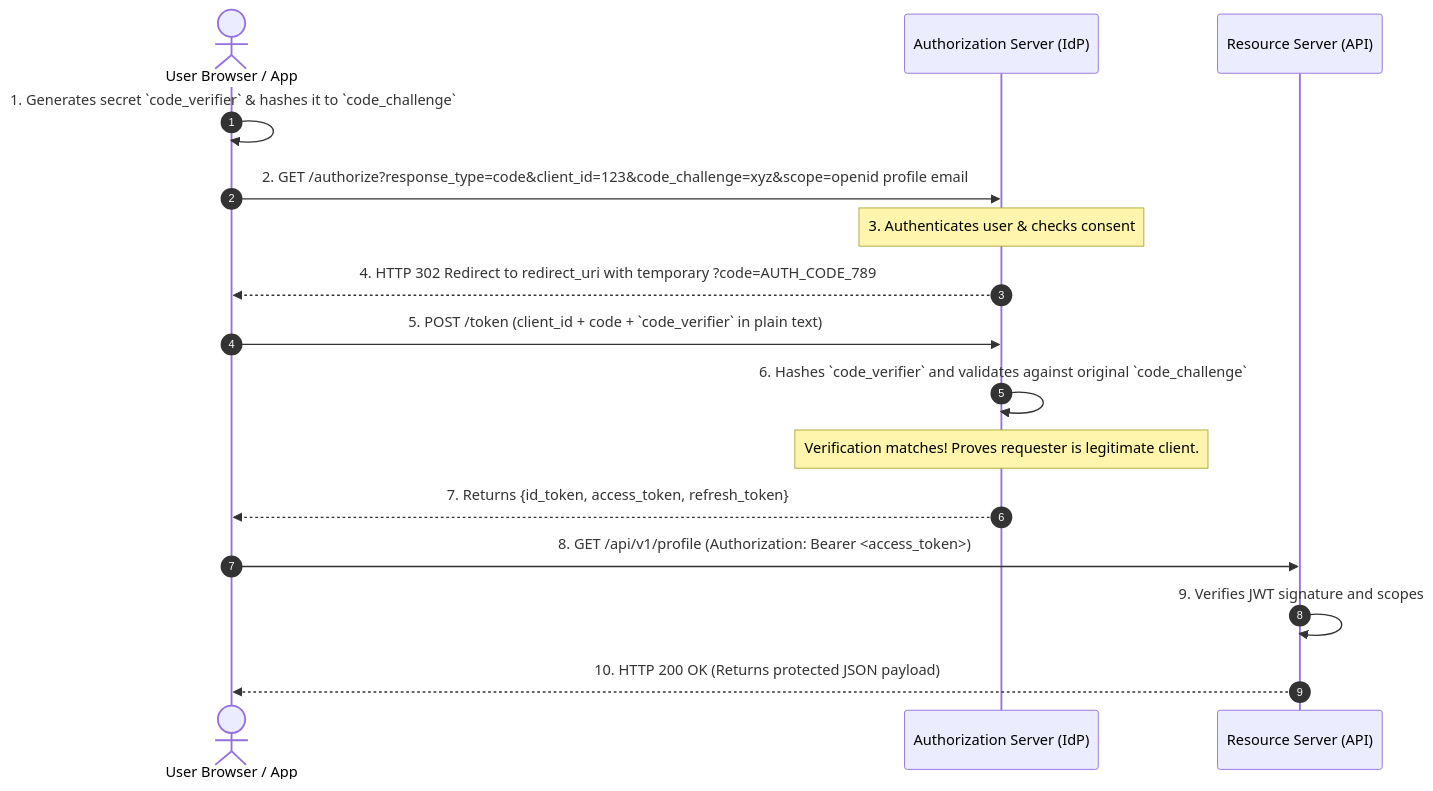
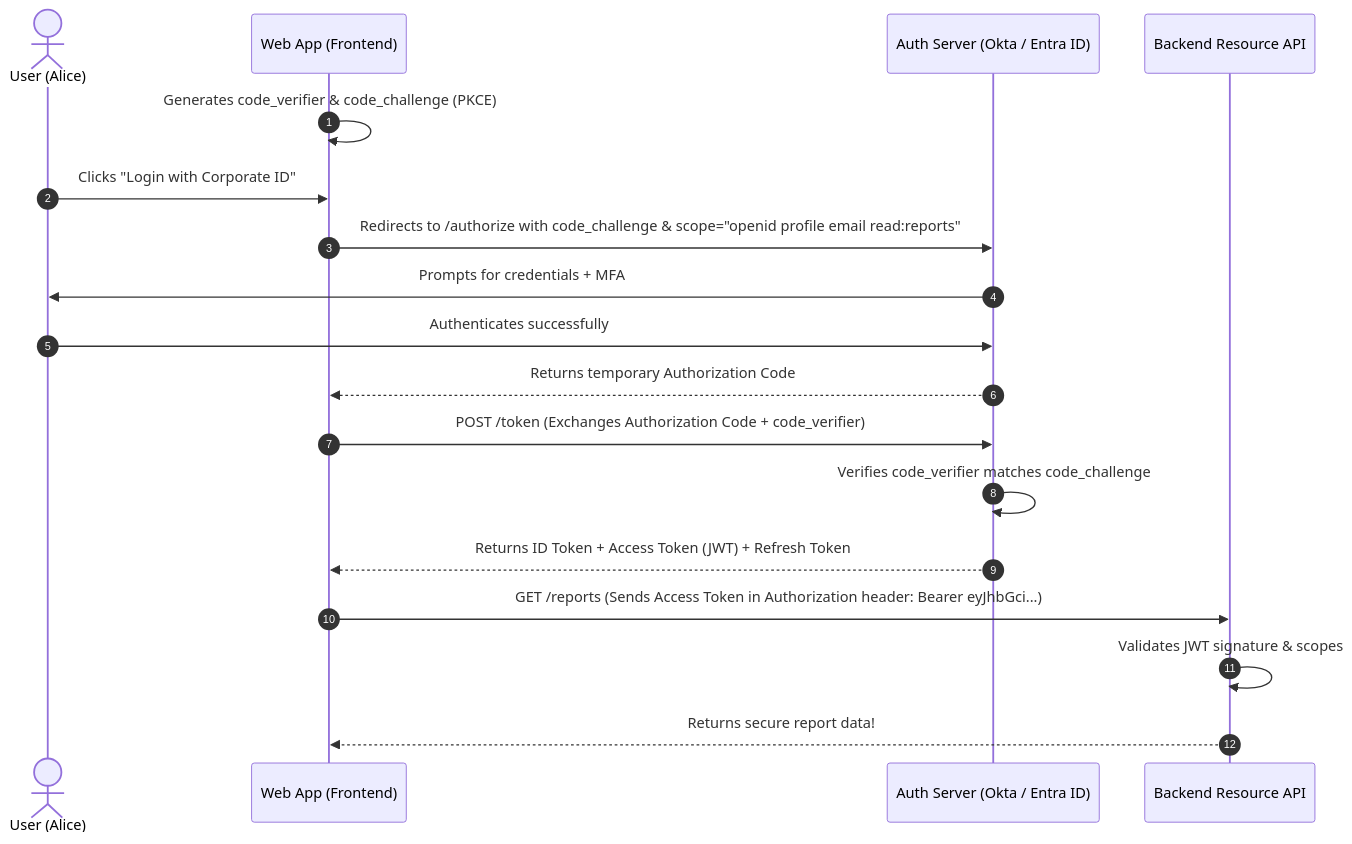
One commit to varunks04/CBS-Roleplay changed the second of 2 diagrams in IAM/03_Technologies_and_Protocols/04_OAuth_2.0_and_OpenID_Connect_OIDC.md. Above: the diagram before and after it, drawn with Mermaid. The commit also changed other lines of this file and 37 other files, not shown here.

````diff
--- a/IAM/03_Technologies_and_Protocols/04_OAuth_2.0_and_OpenID_Connect_OIDC.md
+++ b/IAM/03_Technologies_and_Protocols/04_OAuth_2.0_and_OpenID_Connect_OIDC.md
@@ -35,19 +47,21 @@
 ```mermaid
 sequenceDiagram
     autonumber
-    actor User as User Browser / App
-    participant AuthZ as Authorization Server (IdP)
-    participant API as Resource Server (API)
+    actor User as User (Alice)
+    participant Client as Web App (Frontend)
+    participant IdP as Auth Server (Okta / Entra ID)
+    participant API as Backend Resource API
 
-    User->>User: 1. Generates secret `code_verifier` & hashes it to `code_challenge`
-    User->>AuthZ: 2. GET /authorize?response_type=code&client_id=123&code_challenge=xyz&scope=openid profile email
-    Note over AuthZ: 3. Authenticates user & checks consent
-    AuthZ-->>User: 4. HTTP 302 Redirect to redirect_uri with temporary ?code=AUTH_CODE_789
-    User->>AuthZ: 5. POST /token (client_id + code + `code_verifier` in plain text)
-    AuthZ->>AuthZ: 6. Hashes `code_verifier` and validates against original `code_challenge`
-    Note over AuthZ: Verification matches! Proves requester is legitimate client.
-    AuthZ-->>User: 7. Returns {id_token, access_token, refresh_token}
-    User->>API: 8. GET /api/v1/profile (Authorization: Bearer <access_token>)
-    API->>API: 9. Verifies JWT signature and scopes
-    API-->>User: 10. HTTP 200 OK (Returns protected JSON payload)
+    Client->>Client: Generates code_verifier & code_challenge (PKCE)
+    User->>Client: Clicks "Login with Corporate ID"
+    Client->>IdP: Redirects to /authorize with code_challenge & scope="openid profile email read:reports"
+    IdP->>User: Prompts for credentials + MFA
+    User->>IdP: Authenticates successfully
+    IdP-->>Client: Returns temporary Authorization Code
+    Client->>IdP: POST /token (Exchanges Authorization Code + code_verifier)
+    IdP->>IdP: Verifies code_verifier matches code_challenge
+    IdP-->>Client: Returns ID Token + Access Token (JWT) + Refresh Token
+    Client->>API: GET /reports (Sends Access Token in Authorization header: Bearer eyJhbGci...)
+    API->>API: Validates JWT signature & scopes
+    API-->>Client: Returns secure report data!
 ```
````
